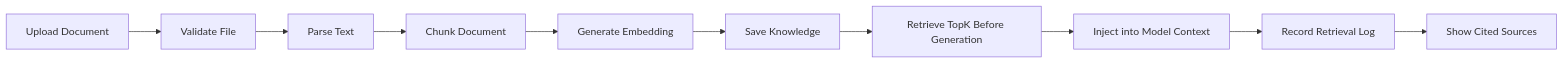
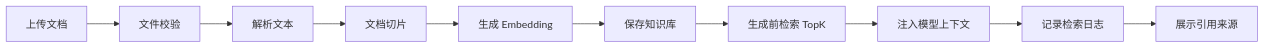
Before and after one commit to Code-Mikle/zero-logic: the fourth of 4 diagrams in README.md, drawn with Mermaid. The commit also changed other lines of this file and 7 other files, not shown here.

````diff
--- a/README.md
+++ b/README.md
@@ -199,16 +197,16 @@
 ```mermaid
 flowchart LR
-    Upload["Upload Document"]
-    Validate["Validate File"]
-    Parse["Parse Text"]
-    Chunk["Chunk Document"]
-    Embed["Generate Embedding"]
-    Save["Save Knowledge"]
-    Query["Retrieve TopK Before Generation"]
-    Inject["Inject into Model Context"]
-    Log["Record Retrieval Log"]
-    Cite["Show Cited Sources"]
+    Upload["上传文档"]
+    Validate["文件校验"]
+    Parse["解析文本"]
+    Chunk["文档切片"]
+    Embed["生成 Embedding"]
+    Save["保存知识库"]
+    Query["生成前检索 TopK"]
+    Inject["注入模型上下文"]
+    Log["记录检索日志"]
+    Cite["展示引用来源"]
 
     Upload --> Validate --> Parse --> Chunk --> Embed --> Save
     Save --> Query --> Inject --> Log --> Cite
 ```
````
